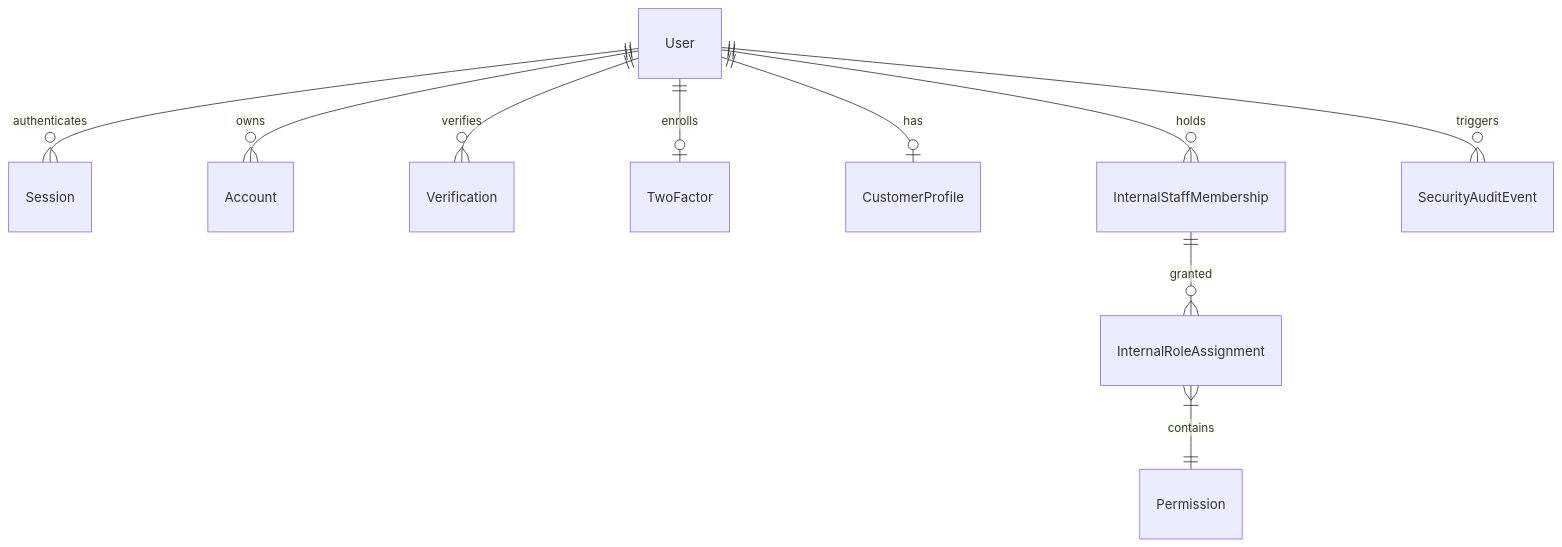
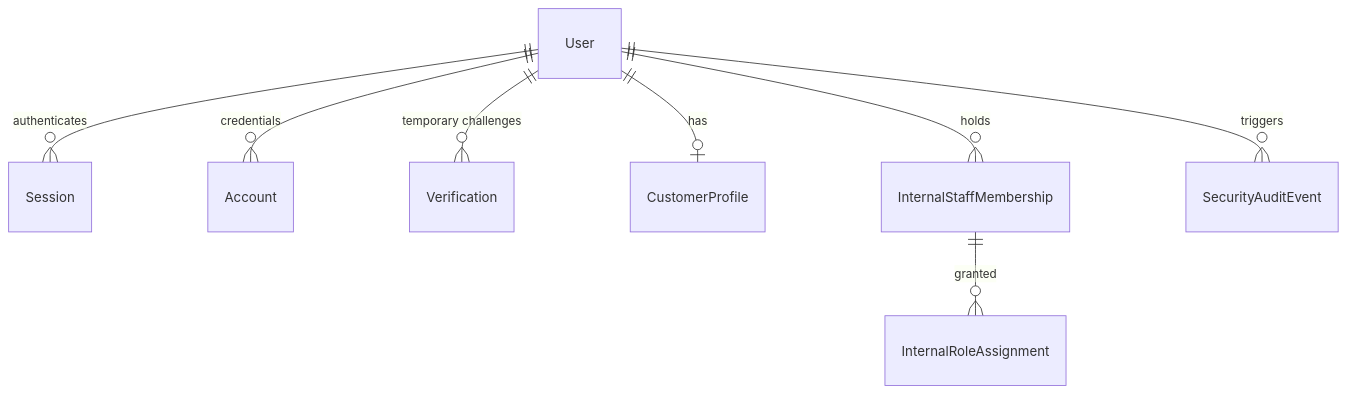
One commit to MohamedHanyAhmed/waffarhacars changed the first of 2 diagrams in docs/14-identity-authentication-adr.md. Above: the diagram before and after it, drawn with Mermaid. The commit also changed other lines of this file and 1 other file, not shown here.

Commit message:
docs: align ADR 14 with factual Better Auth 1.7.5 behavior and security policy

````diff
--- a/docs/14-identity-authentication-adr.md
+++ b/docs/14-identity-authentication-adr.md
@@ -77,19 +121,11 @@
 ```mermaid
 erDiagram
-    %% Better Auth Core Tables
     User ||--o{ Session : "authenticates"
-    User ||--o{ Account : "owns"
-    User ||--o{ Verification : "verifies"
-    User ||--o| TwoFactor : "enrolls"
+    User ||--o{ Account : "credentials"
+    User ||--o{ Verification : "temporary challenges"
 
-    %% WaffarhaCars Domain Extensions (PR 2A / 2B / 2C / 2D)
     User ||--o| CustomerProfile : "has"
     User ||--o{ InternalStaffMembership : "holds"
     InternalStaffMembership ||--o{ InternalRoleAssignment : "granted"
-    InternalRoleAssignment }|--|| Permission : "contains"
     User ||--o{ SecurityAuditEvent : "triggers"
-
-    %% Deferred to PR 3 (Provider Catalog Slice)
-    %% User ||--o{ ProviderOrganizationMembership : "deferred to PR 3"
-    %% ProviderOrganizationMembership ||--o{ BranchAssignment : "deferred to PR 3"
 ```
````
